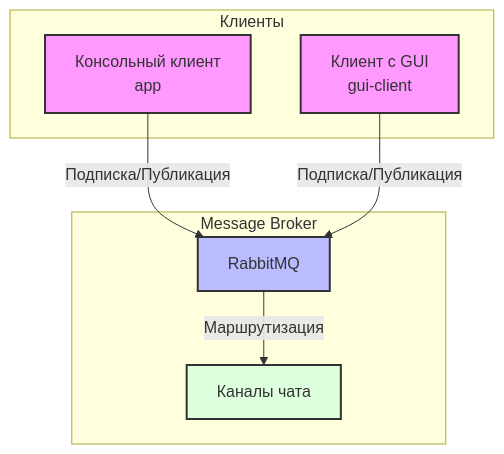
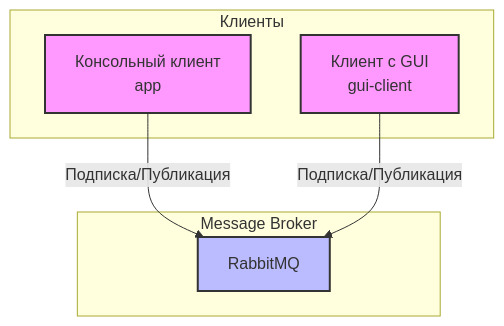
Before and after one commit to HSE-SD-2025/XP: the diagram in architecture.md, drawn with Mermaid.

````diff
--- a/architecture.md
+++ b/architecture.md
@@ -13,21 +13,18 @@
 ```mermaid
 graph TB
     subgraph "Клиенты"
         Console[Консольный клиент<br/>app]
         GUI[Клиент с GUI<br/>gui-client]
     end
 
     subgraph "Message Broker"
         RMQ[RabbitMQ]
-        Channels[Каналы чата]
     end
 
     Console -->|Подписка/Публикация| RMQ
     GUI -->|Подписка/Публикация| RMQ
-    RMQ -->|Маршрутизация| Channels
 
     style Console fill:#f9f,stroke:#333,stroke-width:2px
     style GUI fill:#f9f,stroke:#333,stroke-width:2px
     style RMQ fill:#bbf,stroke:#333,stroke-width:2px
-    style Channels fill:#dfd,stroke:#333,stroke-width:2px
 ```
````
